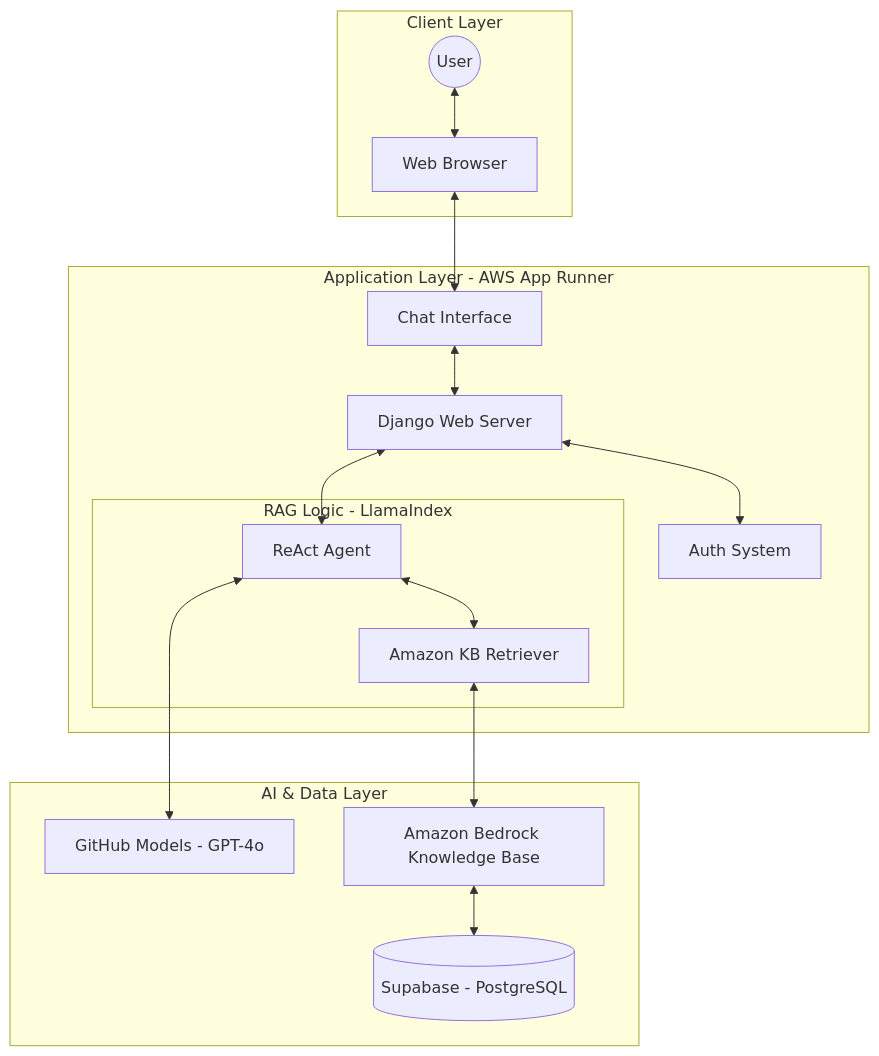
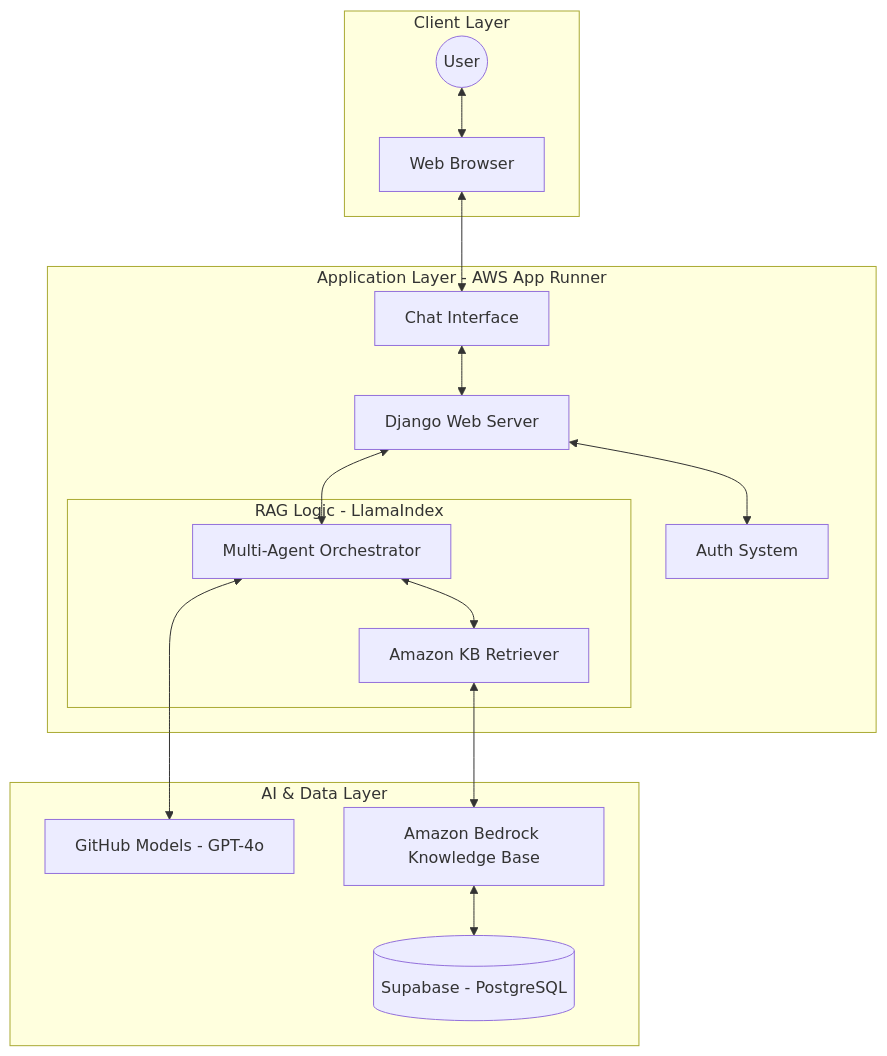
One commit to MAVIcVICKY/LPU_RAG changed the first of 4 diagrams in README.md. Above: the diagram before and after it, drawn with Mermaid. The commit also changed other lines of this file, not shown here.

Commit message:
Docs: Finalize README with production ECR deployment steps and multi-agent architecture details.

````diff
--- a/README.md
+++ b/README.md
@@ -18,33 +18,33 @@
 ```mermaid
 graph TD
     subgraph Client_Layer [Client Layer]
         User((User))
         Browser[Web Browser]
     end
 
     subgraph App_Layer [Application Layer - AWS App Runner]
         Django[Django Web Server]
         Auth[Auth System]
         ChatUI[Chat Interface]
         subgraph Logic [RAG Logic - LlamaIndex]
-            Agent[ReAct Agent]
+            Agent[Multi-Agent Orchestrator]
             Retriever[Amazon KB Retriever]
         end
     end
 
     subgraph AI_Data_Layer [AI & Data Layer]
         GH_Models[GitHub Models - GPT-4o]
         Bedrock[Amazon Bedrock Knowledge Base]
         Supabase[(Supabase - PostgreSQL)]
     end
 
     User <--> Browser
     Browser <--> ChatUI
     ChatUI <--> Django
     Django <--> Auth
     Django <--> Agent
     Agent <--> GH_Models
     Agent <--> Retriever
     Retriever <--> Bedrock
     Bedrock <--> Supabase
 ```
````
